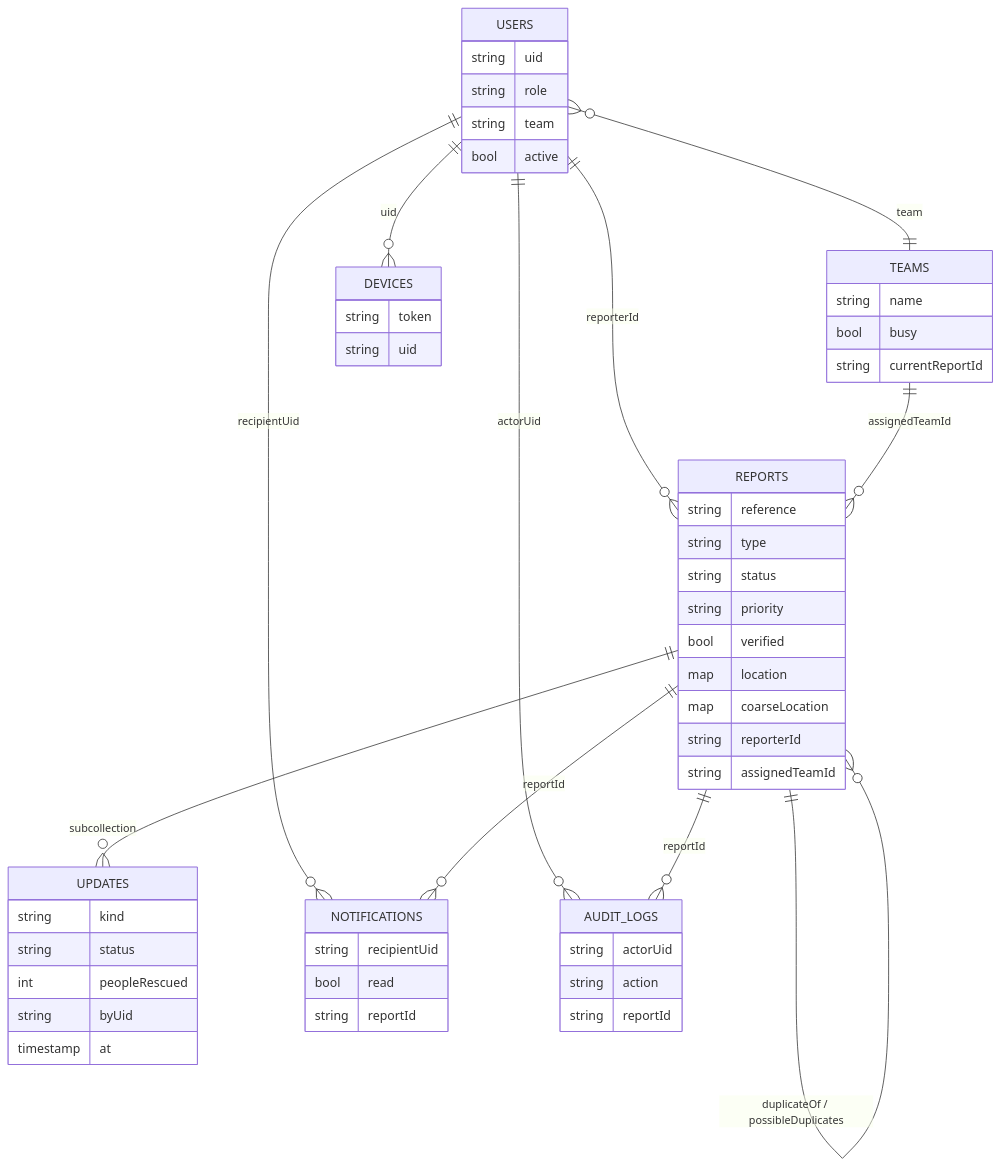
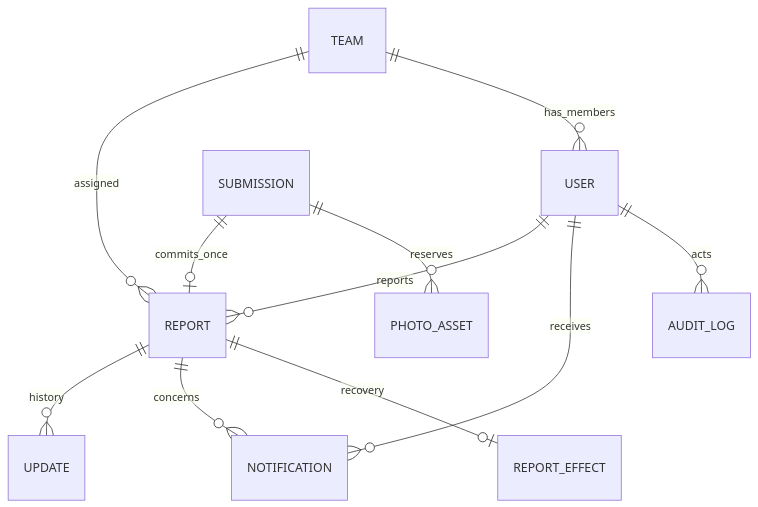
Before and after one commit to andireyes06-maker/disaster-rescue: the second of 3 diagrams in docs/schema.md, drawn with Mermaid. The commit also changed other lines of this file and 60 other files, not shown here.

````diff
--- a/docs/schema.md
+++ b/docs/schema.md
@@ -121,21 +44,13 @@
 ```mermaid
 erDiagram
-  USERS ||--o{ REPORTS : "reporterId"
-  TEAMS ||--o{ REPORTS : "assignedTeamId"
-  REPORTS ||--o{ UPDATES : "subcollection"
-  REPORTS ||--o{ REPORTS : "duplicateOf / possibleDuplicates"
-  USERS }o--|| TEAMS : "team"
-  USERS ||--o{ NOTIFICATIONS : "recipientUid"
-  REPORTS ||--o{ NOTIFICATIONS : "reportId"
-  USERS ||--o{ AUDIT_LOGS : "actorUid"
-  REPORTS ||--o{ AUDIT_LOGS : "reportId"
-  USERS ||--o{ DEVICES : "uid"
-
-  USERS { string uid string role string team bool active }
-  REPORTS { string reference string type string status string priority bool verified map location map coarseLocation string reporterId string assignedTeamId }
-  UPDATES { string kind string status int peopleRescued string byUid timestamp at }
-  TEAMS { string name bool busy string currentReportId }
-  NOTIFICATIONS { string recipientUid bool read string reportId }
-  AUDIT_LOGS { string actorUid string action string reportId }
-  DEVICES { string token string uid }
+  USER ||--o{ REPORT : reports
+  TEAM ||--o{ REPORT : assigned
+  TEAM ||--o{ USER : has_members
+  REPORT ||--o{ UPDATE : history
+  USER ||--o{ NOTIFICATION : receives
+  REPORT ||--o{ NOTIFICATION : concerns
+  USER ||--o{ AUDIT_LOG : acts
+  SUBMISSION ||--o| REPORT : commits_once
+  SUBMISSION ||--o{ PHOTO_ASSET : reserves
+  REPORT ||--o| REPORT_EFFECT : recovery
 ```
````
